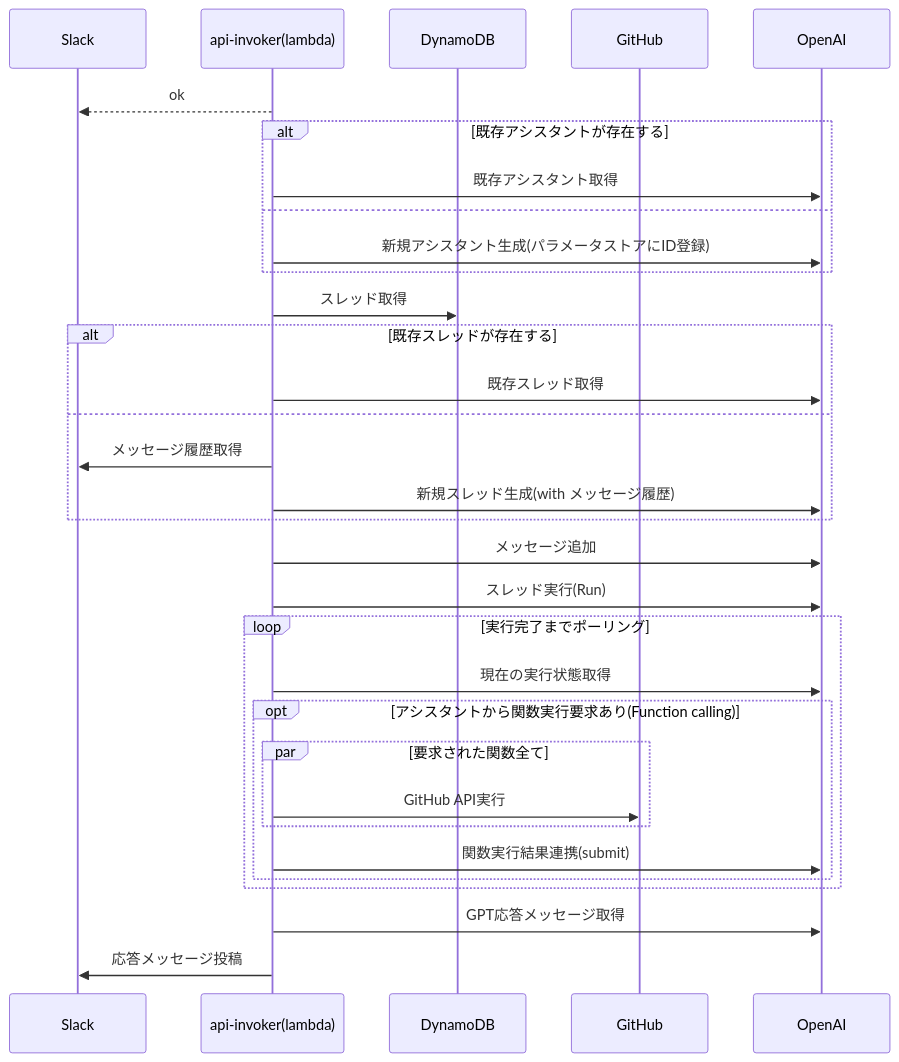
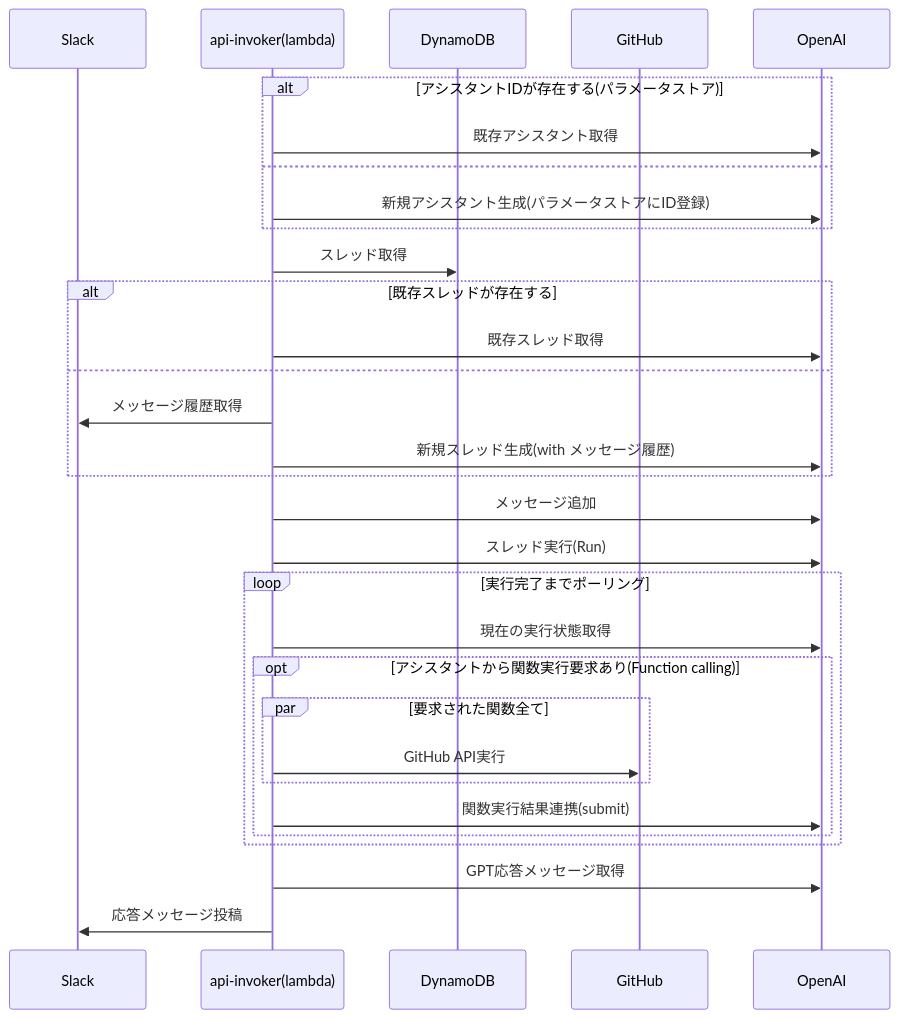
The diagram in src/posts/blogs/2023/1206_slack-github-assistantsapi.md (mamezou-tech/mamezou-tech-site), drawn with Mermaid before and after one commit.

Commit message:
fix: sequence

````diff
--- a/src/posts/blogs/2023/1206_slack-github-assistantsapi.md
+++ b/src/posts/blogs/2023/1206_slack-github-assistantsapi.md
@@ -124,34 +124,33 @@
 ```mermaid
 sequenceDiagram
     participant S as Slack
     participant I as api-invoker(lambda)
     participant D as DynamoDB
     participant G as GitHub
     participant O as OpenAI
-    I -->> S: ok
-    alt 既存アシスタントが存在する
+    alt アシスタントIDが存在する(パラメータストア)
         I ->> O: 既存アシスタント取得
     else
         I ->> O: 新規アシスタント生成(パラメータストアにID登録)
     end
     I ->> D: スレッド取得
     alt 既存スレッドが存在する
         I ->> O: 既存スレッド取得
     else
         I ->> S: メッセージ履歴取得
         I ->> O: 新規スレッド生成(with メッセージ履歴)
     end
     I ->> O: メッセージ追加
     I ->> O: スレッド実行(Run)
     loop 実行完了までポーリング
         I ->> O: 現在の実行状態取得
         opt アシスタントから関数実行要求あり(Function calling)
             par 要求された関数全て
                 I ->> G: GitHub API実行
             end
             I ->> O: 関数実行結果連携(submit)
         end
     end
     I ->> O: GPT応答メッセージ取得
     I ->> S: 応答メッセージ投稿
 ```
````
